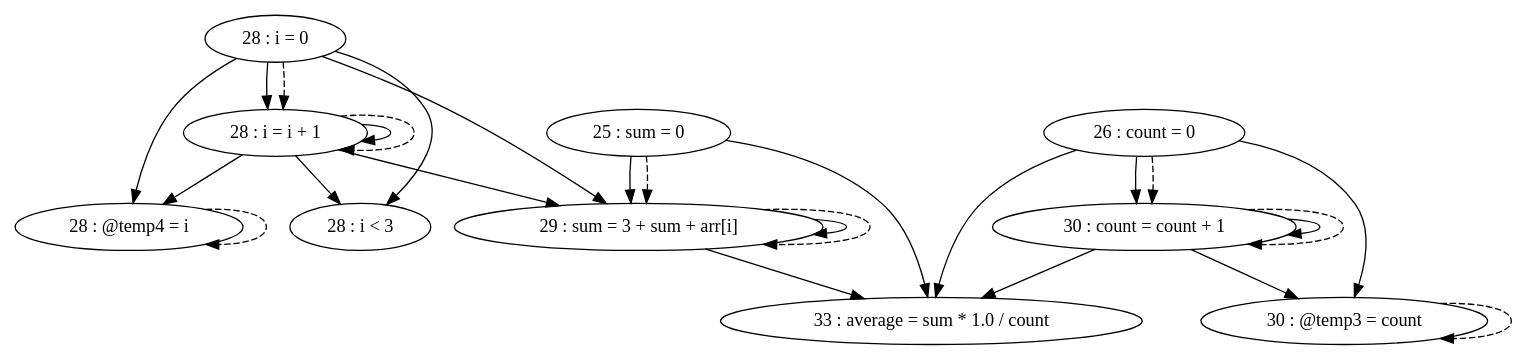
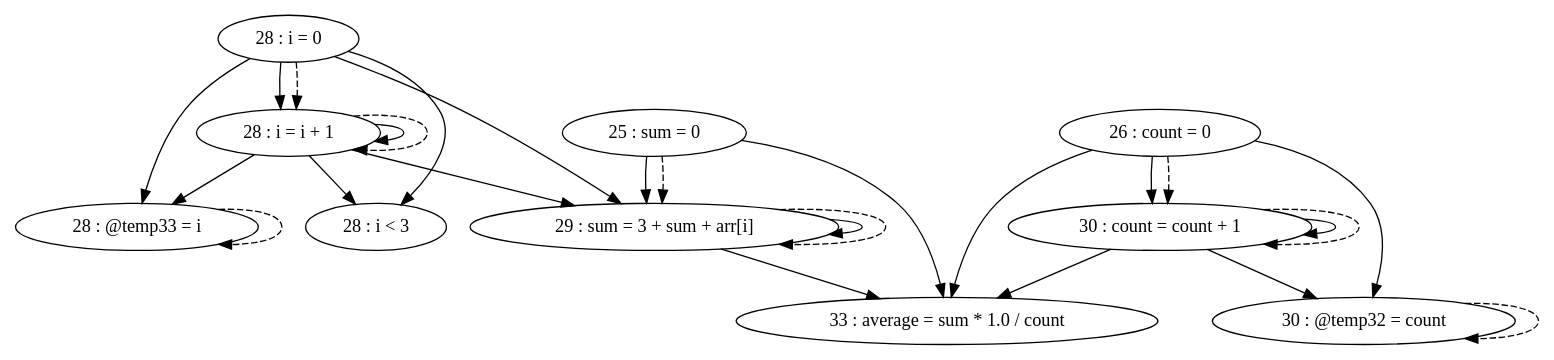
One commit to thomassimko/thesis-code-duplication changed the diagram in pdg/source/testFiles/TestCases/TestCase8/TestCase8-test2.gv. Above: the diagram before and after it, drawn with Graphviz. The commit also changed 2230 other files, not shown here.

```diff
--- a/pdg/source/testFiles/TestCases/TestCase8/TestCase8-test2.gv
+++ b/pdg/source/testFiles/TestCases/TestCase8/TestCase8-test2.gv
@@ -1,38 +1,38 @@
 digraph G {
 "25 : sum = 0"
+"25 : sum = 0" -> "29 : sum = 3 + sum + arr[i]"
 "25 : sum = 0" -> "33 : average = sum * 1.0 / count"
-"25 : sum = 0" -> "29 : sum = 3 + sum + arr[i]"
 "25 : sum = 0" -> "29 : sum = 3 + sum + arr[i]" [style=dashed]
 "26 : count = 0"
 "26 : count = 0" -> "30 : count = count + 1"
-"26 : count = 0" -> "30 : @temp3 = count"
+"26 : count = 0" -> "30 : @temp32 = count"
 "26 : count = 0" -> "33 : average = sum * 1.0 / count"
 "26 : count = 0" -> "30 : count = count + 1" [style=dashed]
 "28 : i = 0"
 "28 : i = 0" -> "28 : i < 3"
 "28 : i = 0" -> "29 : sum = 3 + sum + arr[i]"
-"28 : i = 0" -> "28 : @temp4 = i"
 "28 : i = 0" -> "28 : i = i + 1"
+"28 : i = 0" -> "28 : @temp33 = i"
 "28 : i = 0" -> "28 : i = i + 1" [style=dashed]
 "28 : i < 3"
 "29 : sum = 3 + sum + arr[i]"
+"29 : sum = 3 + sum + arr[i]" -> "29 : sum = 3 + sum + arr[i]"
 "29 : sum = 3 + sum + arr[i]" -> "33 : average = sum * 1.0 / count"
-"29 : sum = 3 + sum + arr[i]" -> "29 : sum = 3 + sum + arr[i]"
 "29 : sum = 3 + sum + arr[i]" -> "29 : sum = 3 + sum + arr[i]" [style=dashed]
-"30 : @temp3 = count"
-"30 : @temp3 = count" -> "30 : @temp3 = count" [style=dashed]
+"30 : @temp32 = count"
+"30 : @temp32 = count" -> "30 : @temp32 = count" [style=dashed]
 "30 : count = count + 1"
 "30 : count = count + 1" -> "30 : count = count + 1"
-"30 : count = count + 1" -> "30 : @temp3 = count"
+"30 : count = count + 1" -> "30 : @temp32 = count"
 "30 : count = count + 1" -> "33 : average = sum * 1.0 / count"
 "30 : count = count + 1" -> "30 : count = count + 1" [style=dashed]
-"28 : @temp4 = i"
-"28 : @temp4 = i" -> "28 : @temp4 = i" [style=dashed]
+"28 : @temp33 = i"
+"28 : @temp33 = i" -> "28 : @temp33 = i" [style=dashed]
 "28 : i = i + 1"
 "28 : i = i + 1" -> "28 : i < 3"
 "28 : i = i + 1" -> "29 : sum = 3 + sum + arr[i]"
-"28 : i = i + 1" -> "28 : @temp4 = i"
 "28 : i = i + 1" -> "28 : i = i + 1"
+"28 : i = i + 1" -> "28 : @temp33 = i"
 "28 : i = i + 1" -> "28 : i = i + 1" [style=dashed]
 "33 : average = sum * 1.0 / count"
 }
```
